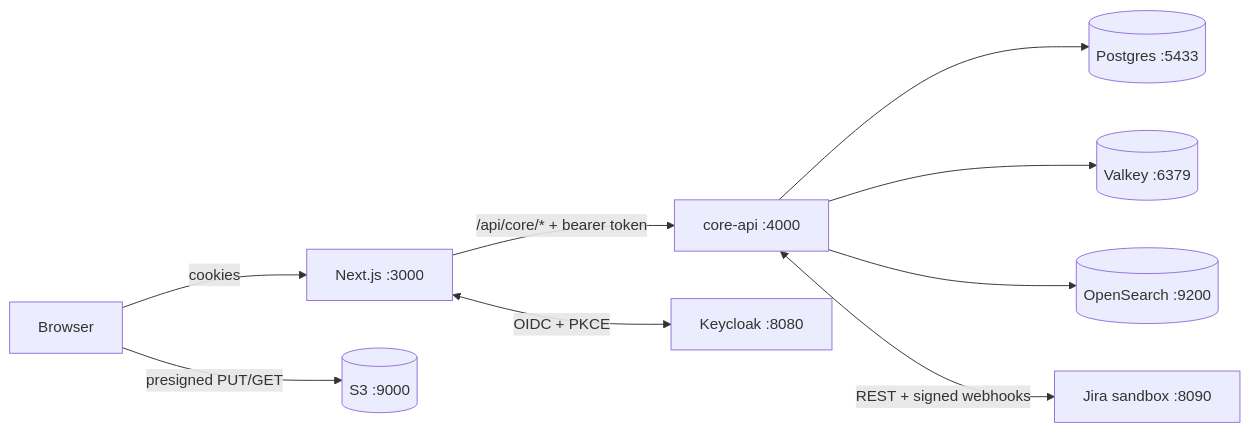
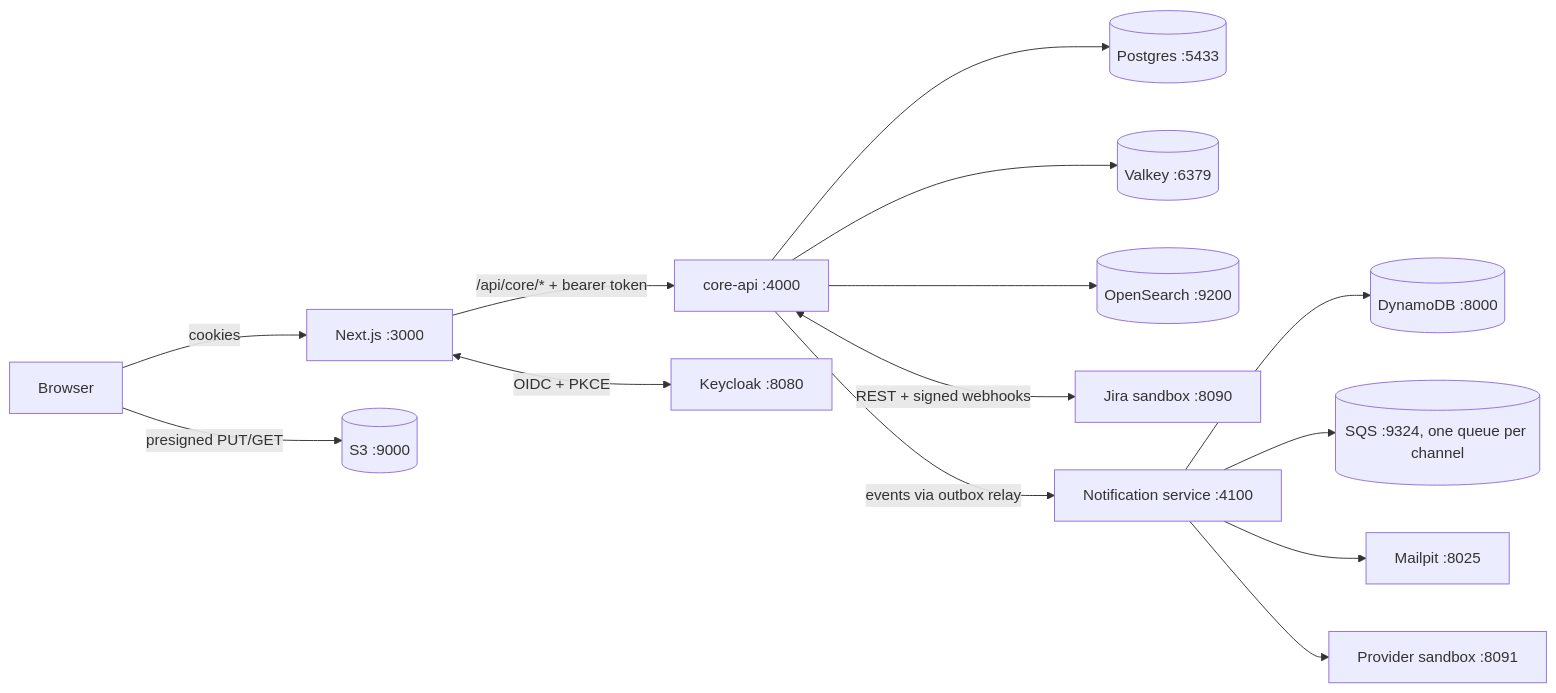
The diagram in README.md (Prathmesh2000/testbench), drawn with Mermaid before and after one commit. The commit also changed other lines of this file and 49 other files, not shown here.

````diff
--- a/README.md
+++ b/README.md
@@ -27,11 +30,16 @@
 ```mermaid
 flowchart LR
   B[Browser] -->|cookies| W[Next.js :3000]
   W -->|/api/core/* + bearer token| A[core-api :4000]
   W <-->|OIDC + PKCE| K[Keycloak :8080]
   A --> P[(Postgres :5433)]
   A --> V[(Valkey :6379)]
   A --> O[(OpenSearch :9200)]
   A <-->|REST + signed webhooks| J[Jira sandbox :8090]
+  A -->|events via outbox relay| N[Notification service :4100]
+  N --> D[(DynamoDB :8000)]
+  N --> Q[(SQS :9324, one queue per channel)]
+  N --> M[Mailpit :8025]
+  N --> PS[Provider sandbox :8091]
   B -->|presigned PUT/GET| S[(S3 :9000)]
 ```
````
